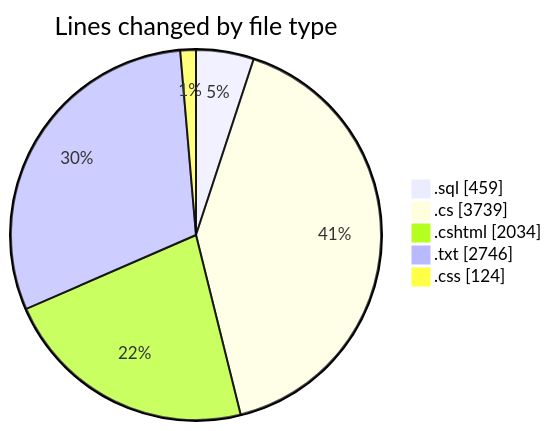
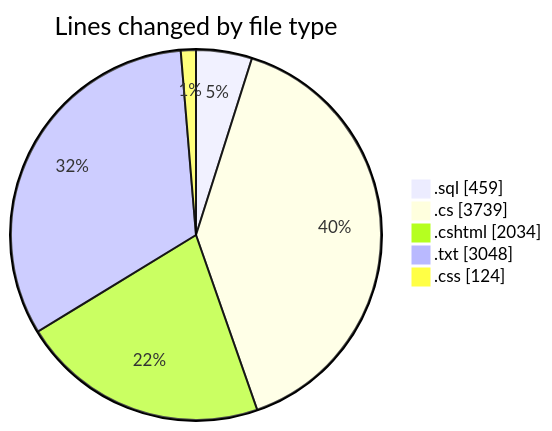
The first of 2 diagrams in 2025-07-23/quanlyrapchieuphim/README.md (lephambinh05/code-tracking), drawn with Mermaid before and after one commit. The commit also changed other lines of this file and 1 other file, not shown here.

````diff
--- a/2025-07-23/quanlyrapchieuphim/README.md
+++ b/2025-07-23/quanlyrapchieuphim/README.md
@@ -34,9 +34,9 @@
 ```mermaid
 pie showData
 title Lines changed by file type
 ".sql" : 459
 ".cs" : 3739
 ".cshtml" : 2034
-".txt" : 2746
+".txt" : 3048
 ".css" : 124
 ```
````
